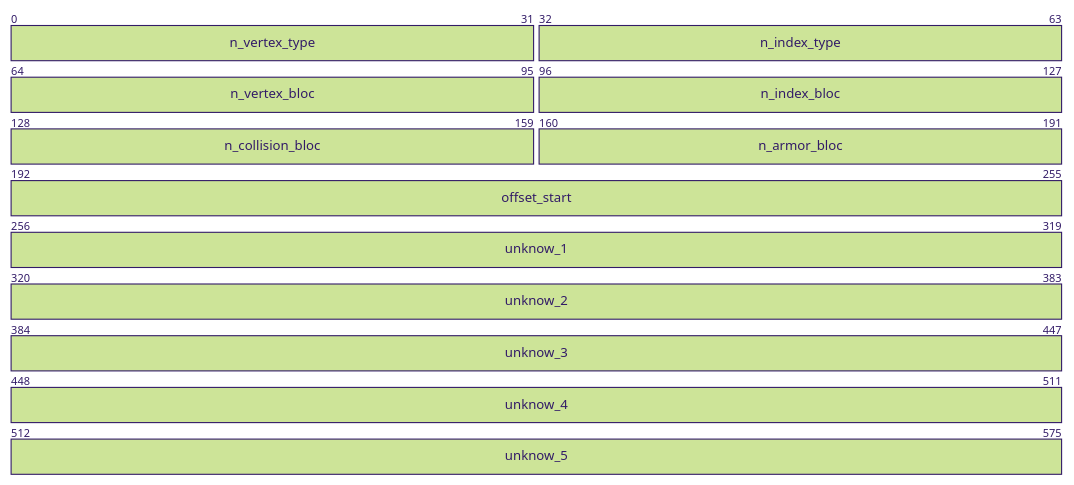
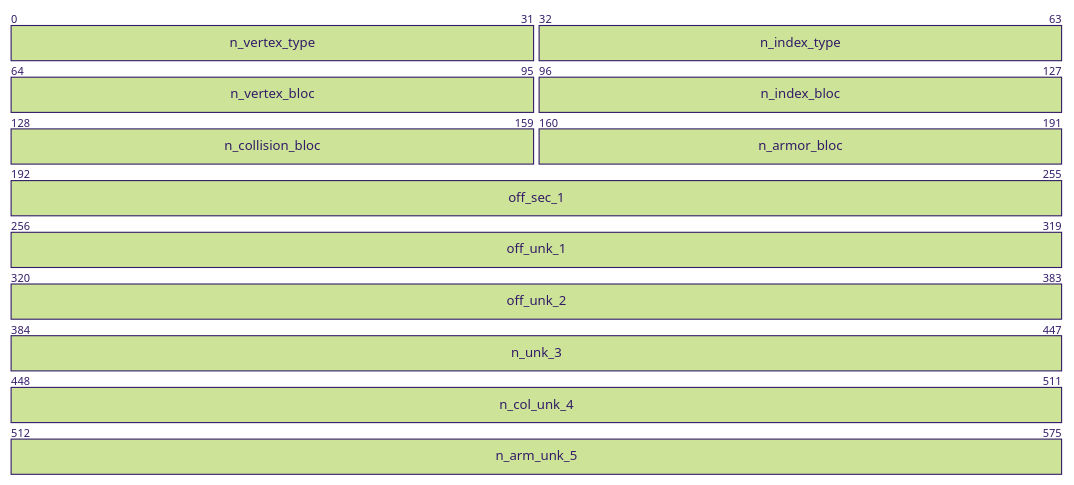
One commit to wows-tools/wows-geometry changed the first of 4 diagrams in FORMAT.md. Above: the diagram before and after it, drawn with Mermaid. The commit also changed other lines of this file and 6 other files, not shown here.

````diff
--- a/FORMAT.md
+++ b/FORMAT.md
@@ -11,16 +26,16 @@
 ```mermaid
 %%{init: { 'theme': 'forest', 'config': {'bitsPerRow': 64, 'bitWidth': 15}}}%%
 packet-beta
 0-31: "n_vertex_type"
 32-63: "n_index_type"
 64-95: "n_vertex_bloc"
 96-127: "n_index_bloc"
 128-159: "n_collision_bloc"
 160-191: "n_armor_bloc"
-192-255: "offset_start"
-256-319: "unknow_1"
-320-383: "unknow_2"
-384-447: "unknow_3"
-448-511: "unknow_4"
-512-575: "unknow_5"
+192-255: "off_sec_1"
+256-319: "off_unk_1"
+320-383: "off_unk_2"
+384-447: "n_unk_3"
+448-511: "n_col_unk_4"
+512-575: "n_arm_unk_5"
 ```
````
